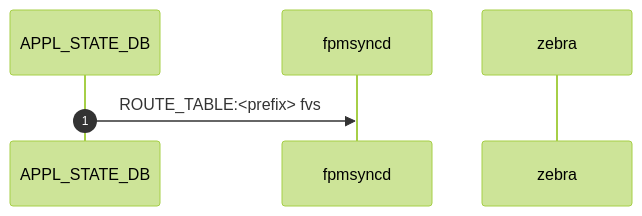
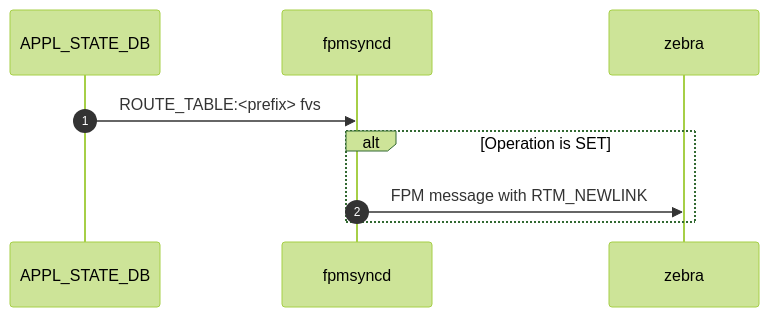
Before and after one commit to sonic-net/SONiC: the fourth of 5 diagrams in doc/BGP/BGP-supress-fib-pending.md, drawn with Mermaid. The commit also changed other lines of this file, not shown here.

````diff
--- a/doc/BGP/BGP-supress-fib-pending.md
+++ b/doc/BGP/BGP-supress-fib-pending.md
@@ -532,17 +538,20 @@
 ```mermaid
 %%{
   init: {
     "theme": "forest",
     "sequence": {
       "rightAngles": true,
       "showSequenceNumbers": true
     }
   }
 }%%
 sequenceDiagram
   participant APPL_STATE_DB
   participant fpmsyncd
   participant zebra
 
   APPL_STATE_DB ->> fpmsyncd: ROUTE_TABLE:<prefix> fvs
+  alt Operation is SET
+    fpmsyncd ->> zebra: FPM message with RTM_NEWLINK
+  end
 ```
````
